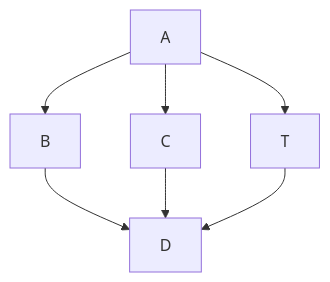
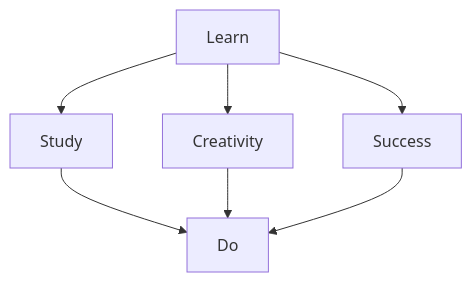
The diagram in en/Chapter 1/section2.md (gondolyn/caperucita-roja-en-la-laguna), drawn with Mermaid before and after one commit. The commit also changed other lines of this file and 1 other file, not shown here.

Commit message:
Updates en/Chapter 1/section1.md
Auto commit by GitBook Editor

```diff
--- a/en/Chapter 1/section2.md
+++ b/en/Chapter 1/section2.md
@@ -14,9 +11,9 @@
 {% mermaid %} 
 graph TD; 
-A-->B; 
-A-->C; 
-B-->D; 
-C-->D;
-A-->T;
-T-->D;
+Learn-->Study; 
+Learn-->Creativity; 
+Study-->Do; 
+Creativity-->Do;
+Learn-->Success;
+Success-->Do;
 {% endmermaid %} 
```
